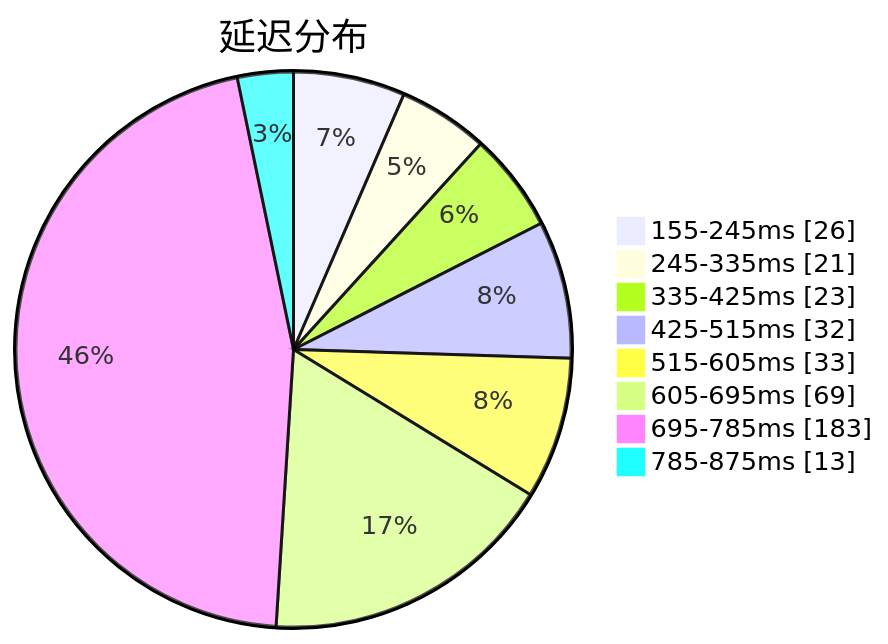
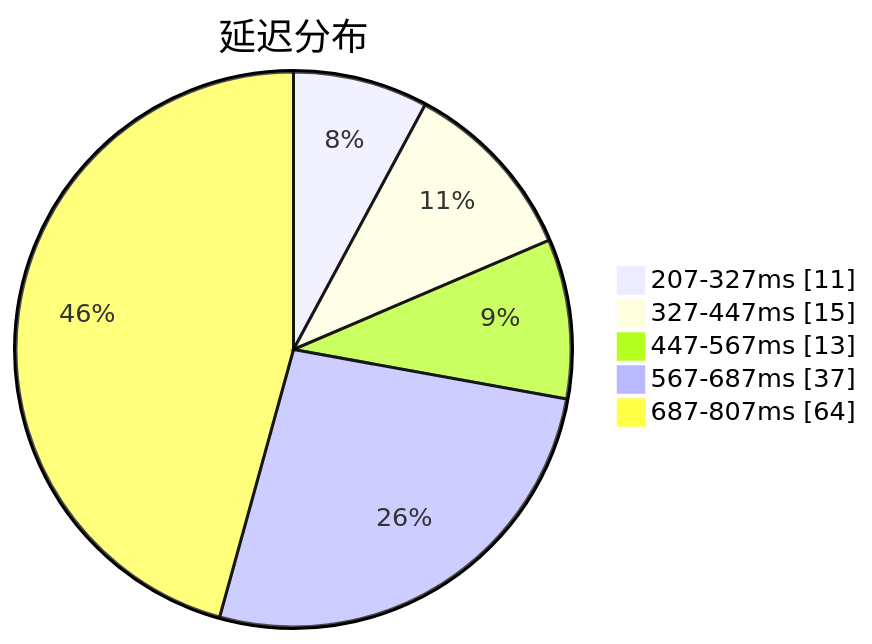
Before and after one commit to qjlxg/airport: the first of 3 diagrams in subs/statistics/tested_within.md, drawn with Mermaid. The commit also changed other lines of this file and 2 other files, not shown here.

````diff
--- a/subs/statistics/tested_within.md
+++ b/subs/statistics/tested_within.md
@@ -2,12 +2,9 @@
 ```mermaid
 pie showData
 title 延迟分布
-"155-245ms" : 26
-"245-335ms" : 21
-"335-425ms" : 23
-"425-515ms" : 32
-"515-605ms" : 33
-"605-695ms" : 69
-"695-785ms" : 183
-"785-875ms" : 13
+"207-327ms" : 11
+"327-447ms" : 15
+"447-567ms" : 13
+"567-687ms" : 37
+"687-807ms" : 64
 ```
````
